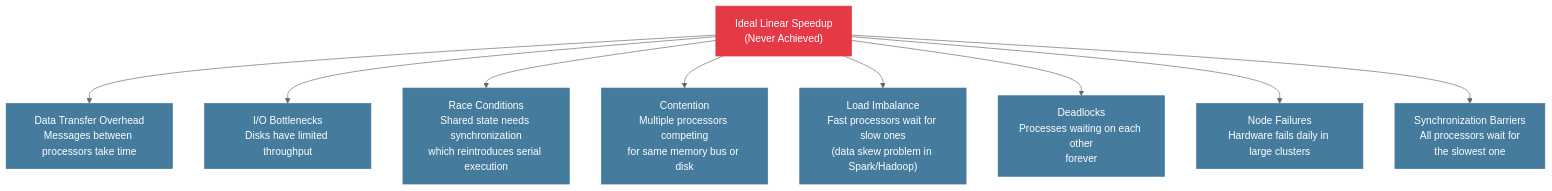
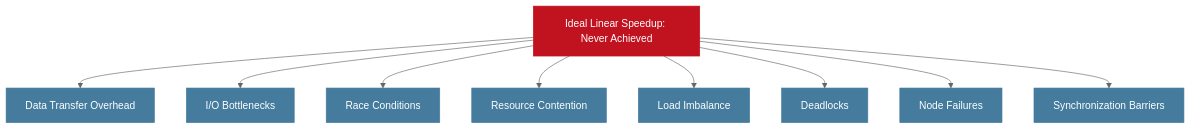
Before and after one commit to MuhammadTahaNasir/Big-Data-Analytics-Notes: diagram 13 of 14 in Week1/Lecture2_Hardware_Moores_Amdahls.md, drawn with Mermaid (neutral theme). The commit also changed other lines of this file, not shown here.

First line of the commit message:
Add Lecture 2: Hardware Reality and Performance Laws

````diff
--- a/Week1/Lecture2_Hardware_Moores_Amdahls.md
+++ b/Week1/Lecture2_Hardware_Moores_Amdahls.md
@@ -394,21 +385,21 @@
 ```mermaid
 flowchart TD
-    IDEAL["Ideal Linear Speedup\n(Never Achieved)"] --> C1["Data Transfer Overhead\nMessages between processors take time"]
-    IDEAL --> C2["I/O Bottlenecks\nDisks have limited throughput"]
-    IDEAL --> C3["Race Conditions\nShared state needs synchronization\nwhich reintroduces serial execution"]
-    IDEAL --> C4["Contention\nMultiple processors competing\nfor same memory bus or disk"]
-    IDEAL --> C5["Load Imbalance\nFast processors wait for slow ones\n(data skew problem in Spark/Hadoop)"]
-    IDEAL --> C6["Deadlocks\nProcesses waiting on each other\nforever"]
-    IDEAL --> C7["Node Failures\nHardware fails daily in large clusters"]
-    IDEAL --> C8["Synchronization Barriers\nAll processors wait for\nthe slowest one"]
+    IDEAL[Ideal Linear Speedup: Never Achieved] --> C1[Data Transfer Overhead]
+    IDEAL --> C2[I/O Bottlenecks]
+    IDEAL --> C3[Race Conditions]
+    IDEAL --> C4[Resource Contention]
+    IDEAL --> C5[Load Imbalance]
+    IDEAL --> C6[Deadlocks]
+    IDEAL --> C7[Node Failures]
+    IDEAL --> C8[Synchronization Barriers]
 
-    style IDEAL fill:#e63946,color:#fff,stroke:#e63946
+    style IDEAL fill:#c1121f,color:#fff,stroke:#c1121f
     style C1 fill:#457b9d,color:#fff,stroke:#457b9d
     style C2 fill:#457b9d,color:#fff,stroke:#457b9d
     style C3 fill:#457b9d,color:#fff,stroke:#457b9d
     style C4 fill:#457b9d,color:#fff,stroke:#457b9d
     style C5 fill:#457b9d,color:#fff,stroke:#457b9d
     style C6 fill:#457b9d,color:#fff,stroke:#457b9d
     style C7 fill:#457b9d,color:#fff,stroke:#457b9d
     style C8 fill:#457b9d,color:#fff,stroke:#457b9d
 ```
````
